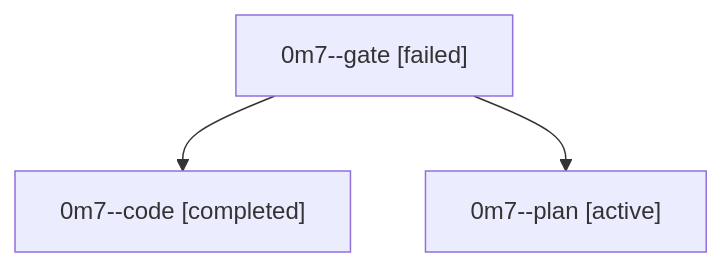
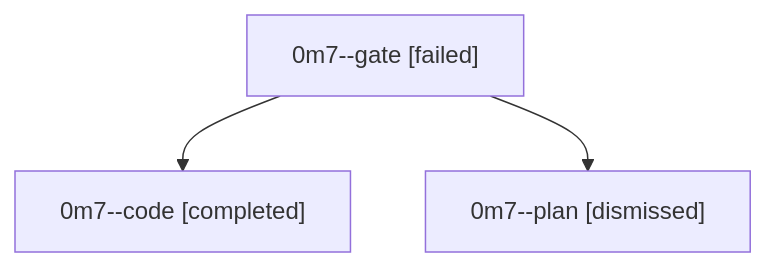
The diagram in sessions/bbugyi200.athena.0m7.md (sase-org/sase--agents), drawn with Mermaid before and after one commit. The commit also changed other lines of this file and 28 other files, not shown here.

````diff
--- a/sessions/bbugyi200.athena.0m7.md
+++ b/sessions/bbugyi200.athena.0m7.md
@@ -9,8 +9,8 @@
 ```mermaid
 flowchart TD
   n0["0m7--gate [failed]"]
   n1["0m7--code [completed]"]
   n0 --> n1
-  n2["0m7--plan [active]"]
+  n2["0m7--plan [dismissed]"]
   n0 --> n2
 ```
````
